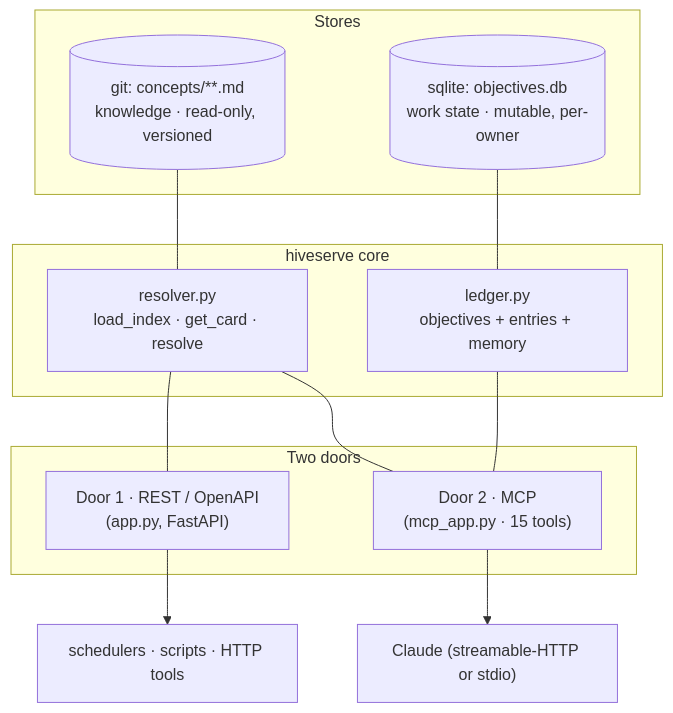
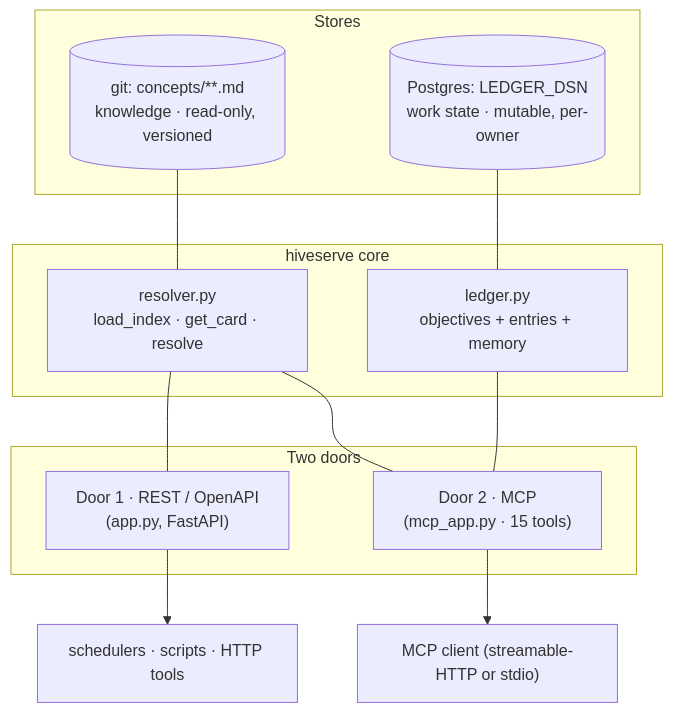
Before and after one commit to voyagerforge-dev/hive-intelligence: the fifth of 9 diagrams in docs/concepts/pipeline.md, drawn with Mermaid. The commit also changed other lines of this file and 62 other files, not shown here.

````diff
--- a/docs/concepts/pipeline.md
+++ b/docs/concepts/pipeline.md
@@ -411,25 +411,25 @@
 ```mermaid
 flowchart TB
     subgraph stores["Stores"]
         git[("git: concepts/**.md<br/>knowledge · read-only, versioned")]
-        db[("sqlite: objectives.db<br/>work state · mutable, per-owner")]
+        db[("Postgres: LEDGER_DSN<br/>work state · mutable, per-owner")]
     end
 
     subgraph core["hiveserve core"]
         resolver["resolver.py<br/>load_index · get_card · resolve"]
         ledgerc["ledger.py<br/>objectives + entries + memory"]
     end
 
     subgraph doors["Two doors"]
         rest["Door 1 · REST / OpenAPI<br/>(app.py, FastAPI)"]
         mcp["Door 2 · MCP<br/>(mcp_app.py · 15 tools)"]
     end
 
     git --- resolver
     db --- ledgerc
     resolver --- rest & mcp
     ledgerc --- mcp
 
     rest --> callers["schedulers · scripts · HTTP tools"]
-    mcp --> claude["Claude (streamable-HTTP or stdio)"]
+    mcp --> agent["MCP client (streamable-HTTP or stdio)"]
 ```
````
